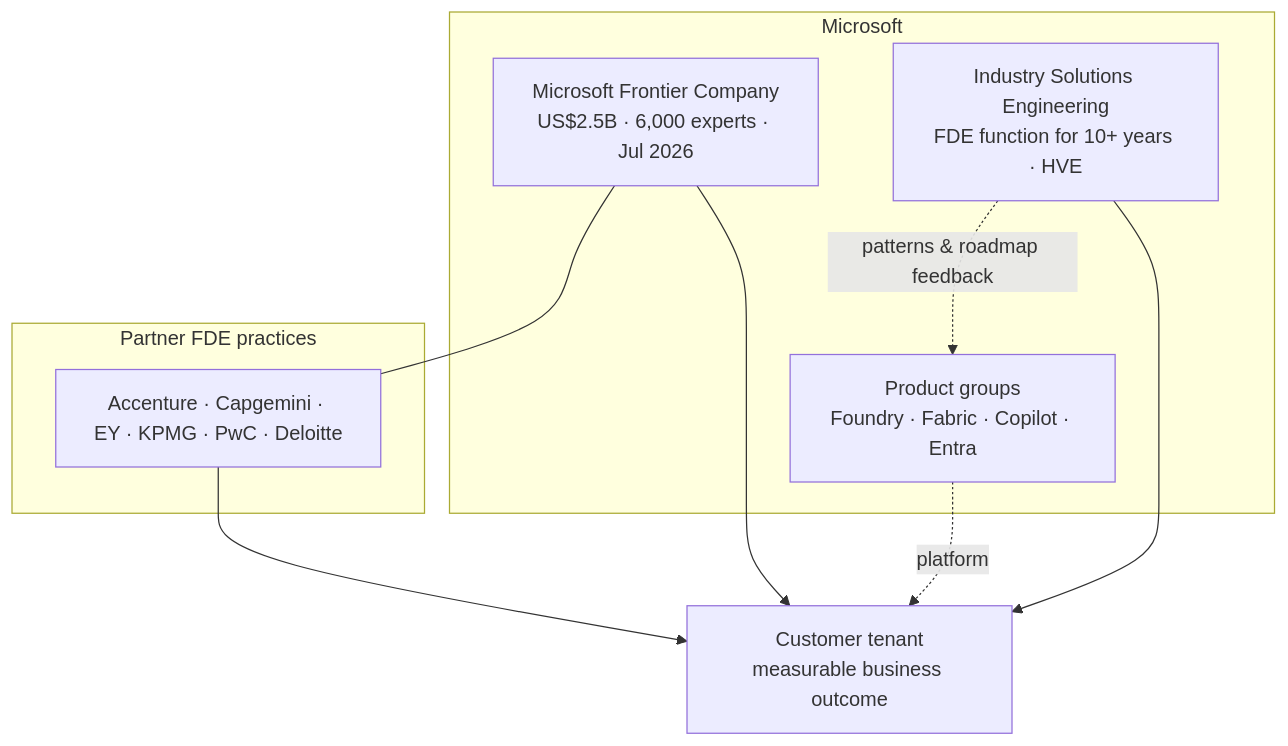
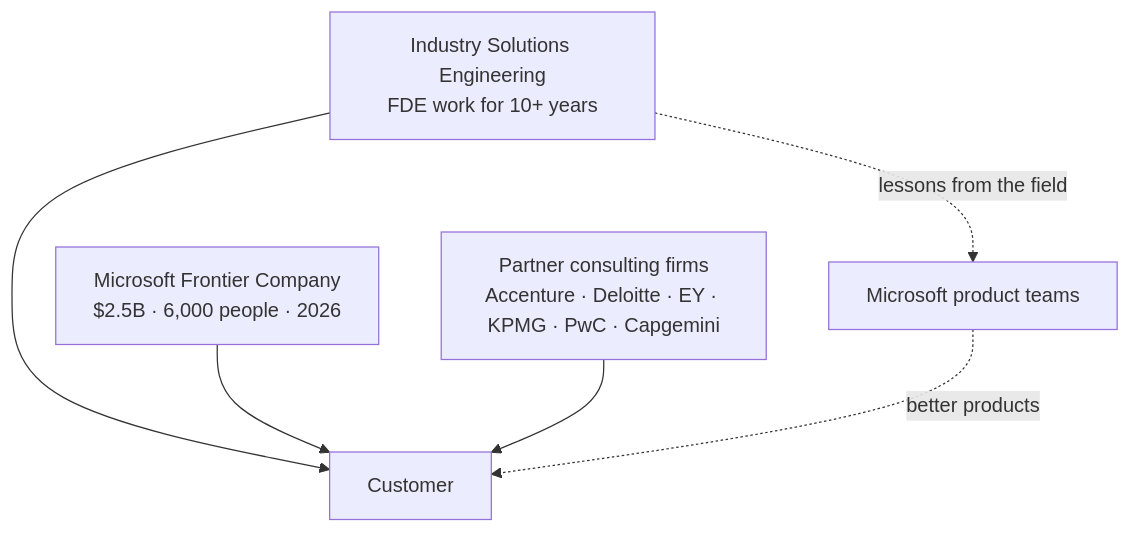
Before and after one commit to mjtpena/awesome-microsoft-fde: the eighth of 10 diagrams in README.md, drawn with Mermaid. The commit also changed other lines of this file and 5 other files, not shown here.

````diff
--- a/README.md
+++ b/README.md
@@ -180,18 +211,8 @@
 ```mermaid
 flowchart TB
-    subgraph MSFT["Microsoft"]
-        FC["Microsoft Frontier Company<br/>US$2.5B · 6,000 experts · Jul 2026"]
-        ISE["Industry Solutions Engineering<br/>FDE function for 10+ years · HVE"]
-        PG["Product groups<br/>Foundry · Fabric · Copilot · Entra"]
-    end
-    subgraph PARTNERS["Partner FDE practices"]
-        PX["Accenture · Capgemini · EY · KPMG · PwC · Deloitte"]
-    end
-    C["Customer tenant<br/>measurable business outcome"]
-    FC --> C
-    ISE --> C
-    PX --> C
-    FC --- PX
-    ISE -. "patterns & roadmap feedback" .-> PG
-    PG -. "platform" .-> C
+    ISE["Industry Solutions Engineering<br/>FDE work for 10+ years"] --> C["Customer"]
+    FC["Microsoft Frontier Company<br/>$2.5B · 6,000 people · 2026"] --> C
+    PX["Partner consulting firms<br/>Accenture · Deloitte · EY · KPMG · PwC · Capgemini"] --> C
+    ISE -. "lessons from the field" .-> PG["Microsoft product teams"]
+    PG -. "better products" .-> C
 ```
````
